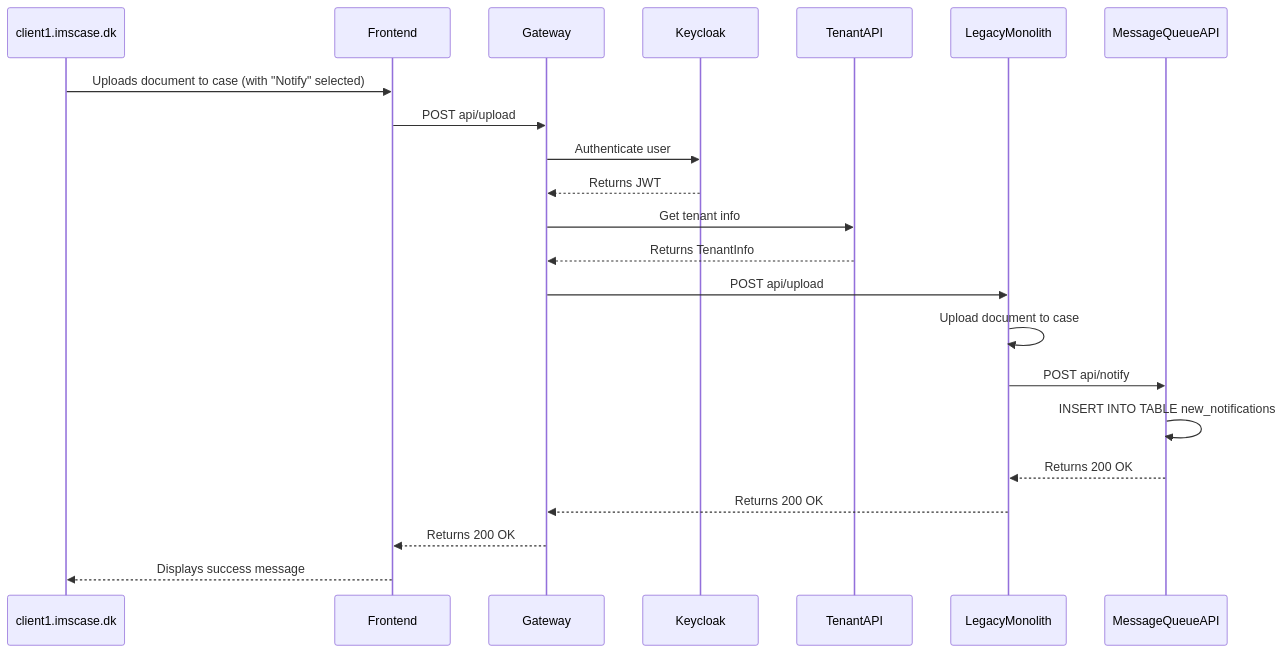
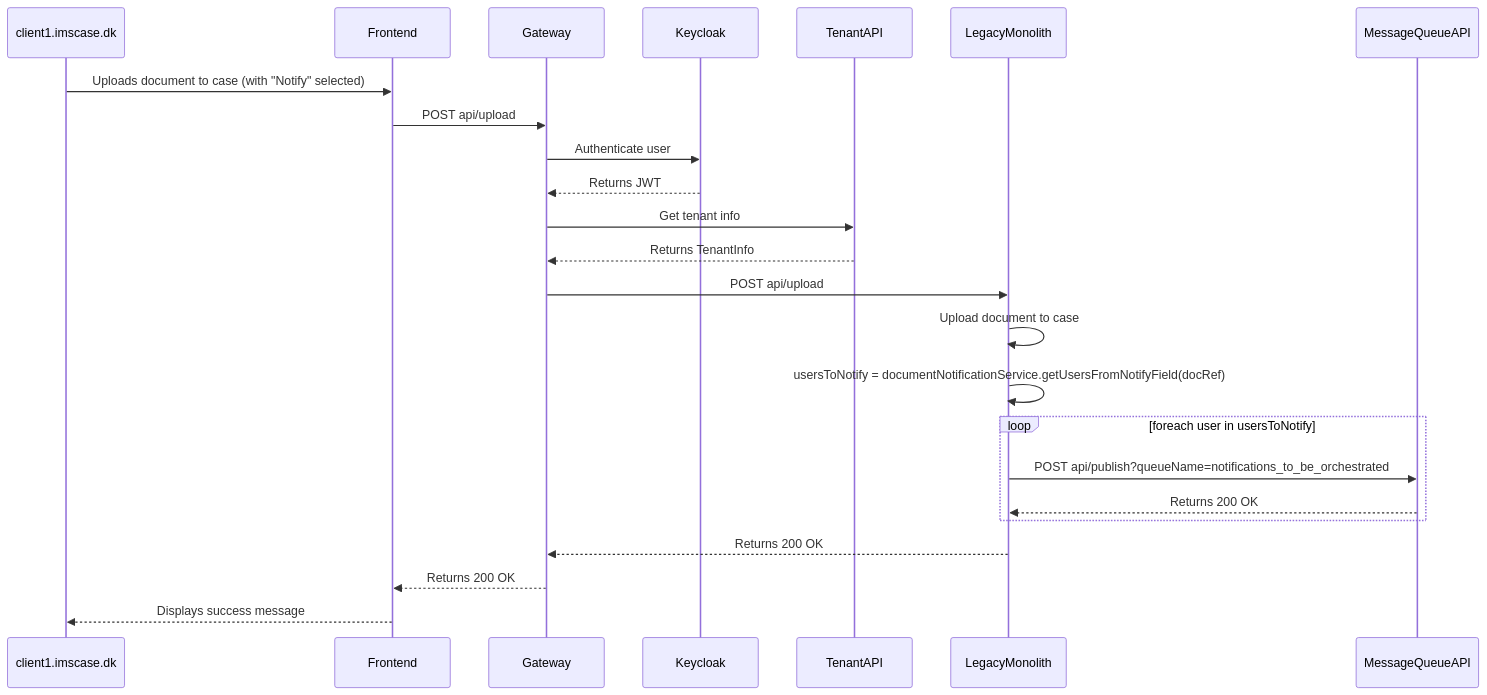
The first of 4 diagrams in Diagrams/SequenceDiagrams.md (rasmusulriksen/BachelorsProject), drawn with Mermaid before and after one commit. The commit also changed other lines of this file and 4 other files, not shown here.

````diff
--- a/Diagrams/SequenceDiagrams.md
+++ b/Diagrams/SequenceDiagrams.md
@@ -5,25 +5,27 @@
 ```mermaid
 sequenceDiagram
     participant Client1 as client1.imscase.dk
     participant Frontend
     participant Gateway
     participant Keycloak
     participant TenantAPI
     participant LegacyMonolith
     participant MessageQueueAPI
 
     Client1->>Frontend: Uploads document to case (with "Notify" selected)
     Frontend->>Gateway: POST api/upload
     Gateway->>Keycloak: Authenticate user
     Keycloak-->>Gateway: Returns JWT
     Gateway->>TenantAPI: Get tenant info
     TenantAPI-->>Gateway: Returns TenantInfo
     Gateway->>LegacyMonolith: POST api/upload
     LegacyMonolith->>LegacyMonolith: Upload document to case
-    LegacyMonolith->>MessageQueueAPI: POST api/notify
-    MessageQueueAPI->>MessageQueueAPI: INSERT INTO TABLE new_notifications
-    MessageQueueAPI-->>LegacyMonolith: Returns 200 OK
+    LegacyMonolith->>LegacyMonolith: usersToNotify = documentNotificationService.getUsersFromNotifyField(docRef)
+    loop foreach user in usersToNotify
+        LegacyMonolith->>MessageQueueAPI: POST api/publish?queueName=notifications_to_be_orchestrated
+        MessageQueueAPI-->>LegacyMonolith: Returns 200 OK
+    end
     LegacyMonolith-->>Gateway: Returns 200 OK
     Gateway-->>Frontend: Returns 200 OK
     Frontend-->>Client1: Displays success message
 ```
````
